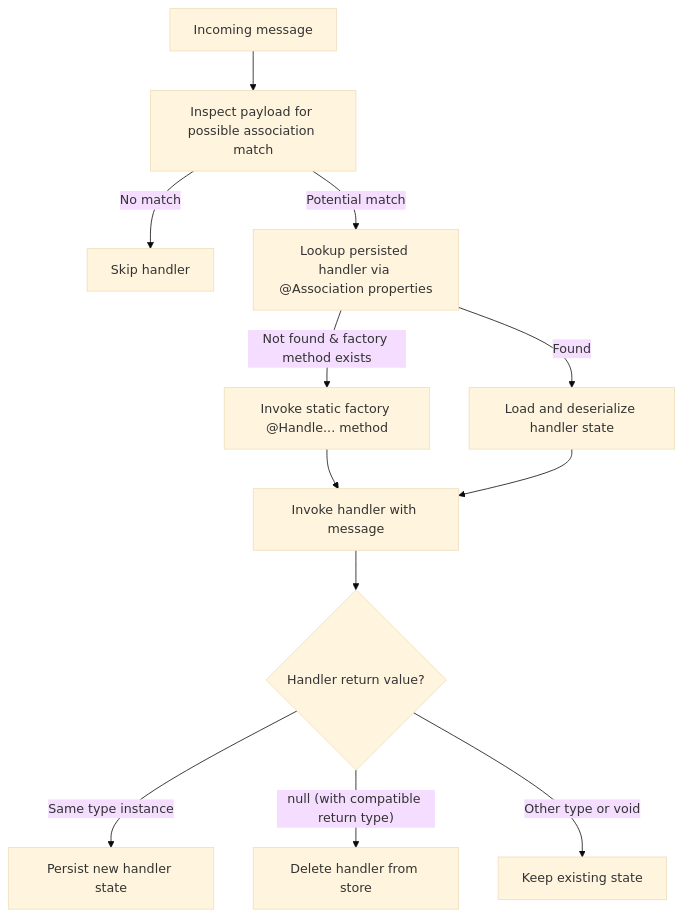
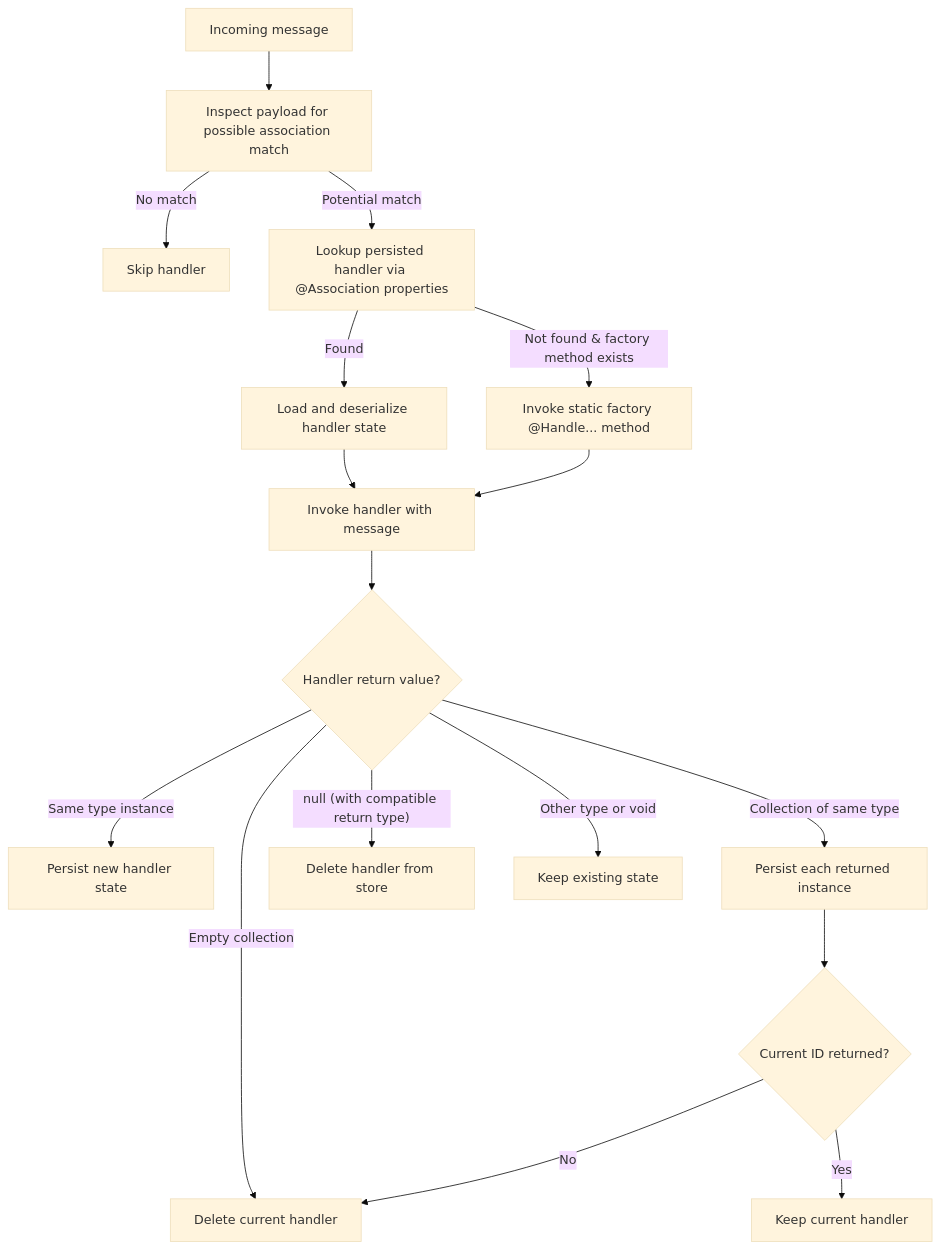
One commit to fluxzero-io/fluxzero-site changed the diagram in src/content/docs/docs/guides/Modeling & persistence/210-stateful-handlers.mdx. Above: the diagram before and after it, drawn with Mermaid (base theme). The commit also changed other lines of this file and 25 other files, not shown here.

````diff
--- a/src/content/docs/docs/guides/Modeling & persistence/210-stateful-handlers.mdx
+++ b/src/content/docs/docs/guides/Modeling & persistence/210-stateful-handlers.mdx
@@ -186,17 +194,22 @@
 ```mermaid
 graph TD
     MSG[Incoming message] --> CHECK[Inspect payload for possible association match]
     CHECK -->|No match| SKIP[Skip handler]
     CHECK -->|Potential match| LOOKUP[Lookup persisted handler via @Association properties]
 
     LOOKUP -->|Not found & factory method exists| CREATE[Invoke static factory @Handle... method]
     LOOKUP -->|Found| LOAD[Load and deserialize handler state]
 
     CREATE --> INVOKE[Invoke handler with message]
     LOAD --> INVOKE[Invoke handler with message]
 
     INVOKE --> RETURN{Handler return value?}
     RETURN -->|Same type instance| UPDATE[Persist new handler state]
+    RETURN -->|Collection of same type| UPSERT_MANY[Persist each returned instance]
+    UPSERT_MANY --> CURRENT_IN_SET{Current ID returned?}
+    CURRENT_IN_SET -->|No| DELETE_CURRENT[Delete current handler]
+    CURRENT_IN_SET -->|Yes| KEEP_CURRENT[Keep current handler]
+    RETURN -->|Empty collection| DELETE_CURRENT
     RETURN -->|"null (with compatible return type)"| DELETE[Delete handler from store]
     RETURN -->|Other type or void| KEEP[Keep existing state]
 ```
````
